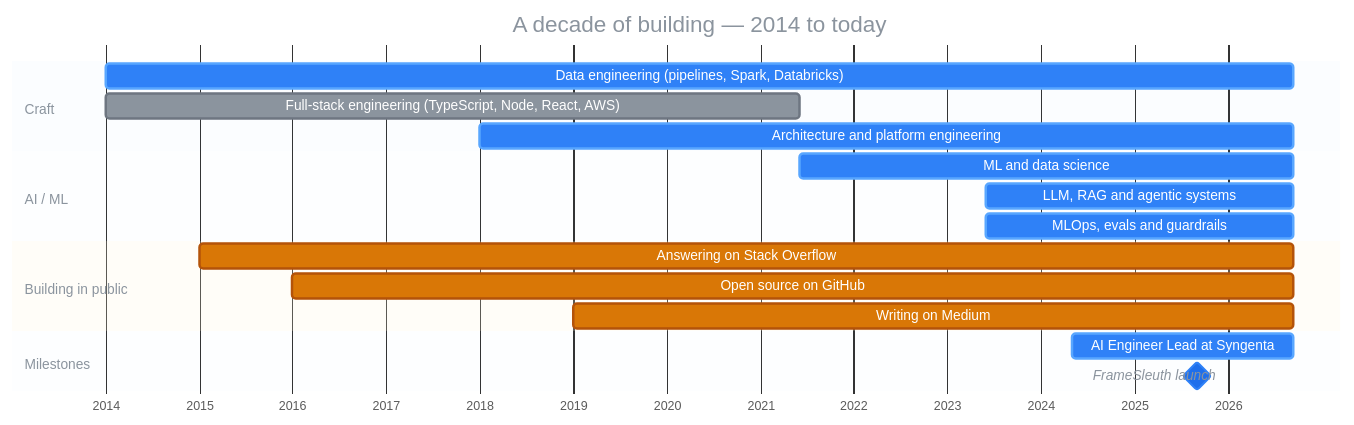
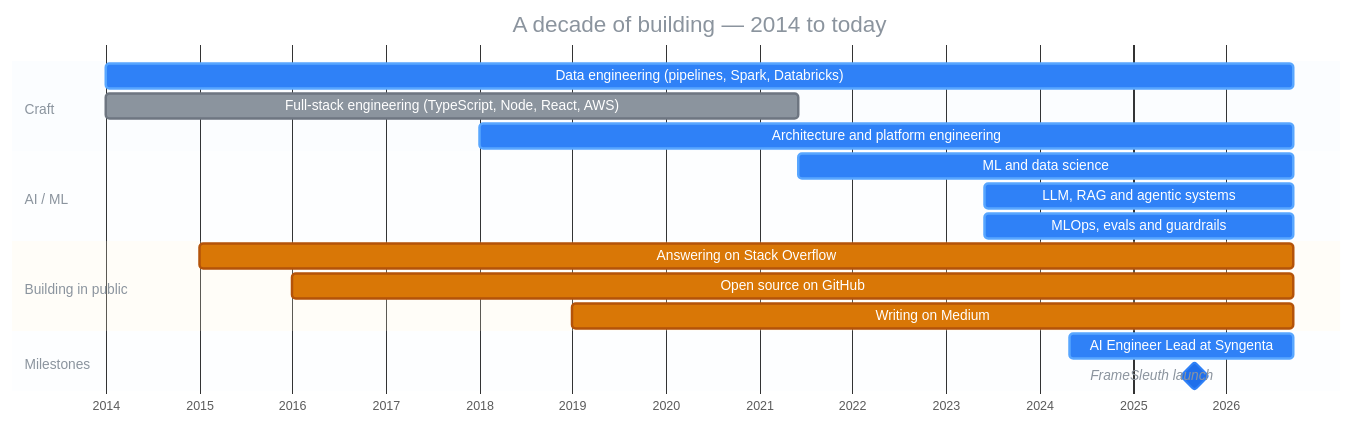
One commit to santoshshinde2012/santoshshinde2012 changed the first of 2 diagrams in README.md. Above: the diagram before and after it, drawn with Mermaid. The commit also changed other lines of this file, not shown here.

Commit message:
chore: refresh shipping summary

````diff
--- a/README.md
+++ b/README.md
@@ -128,27 +128,27 @@
 ```mermaid
 %%{init: {'theme':'base','themeVariables':{'fontFamily':'Fira Code, monospace','taskBkgColor':'#1F6FEB','taskBorderColor':'#2F81F7','activeTaskBkgColor':'#2F81F7','activeTaskBorderColor':'#58A6FF','doneTaskBkgColor':'#8B949E','doneTaskBorderColor':'#6E7681','critBkgColor':'#D97706','critBorderColor':'#B45309','critTextColor':'#ffffff','milestoneBkgColor':'#238636','milestoneBorderColor':'#2EA043','taskTextColor':'#ffffff','taskTextDarkColor':'#ffffff','taskTextLightColor':'#ffffff','taskTextOutsideColor':'#8B949E','gridColor':'#30363D','todayLineColor':'#F85149','titleColor':'#8B949E','sectionBkgColor':'#2F81F714','altSectionBkgColor':'#2F81F70A'}}}%%
 gantt
     title A decade of building — 2014 to today
     dateFormat YYYY-MM-DD
     axisFormat %Y
     tickInterval 1year
 
     section Craft
-    Data engineering (pipelines, Spark, Databricks)      :active, de,   2014-01-01, 2026-09-14
+    Data engineering (pipelines, Spark, Databricks)      :active, de,   2014-01-01, 2026-09-21
     Full-stack engineering (TypeScript, Node, React, AWS) :done,   fs,   2014-01-01, 2021-06-01
-    Architecture and platform engineering                :active, arch, 2018-01-01, 2026-09-14
+    Architecture and platform engineering                :active, arch, 2018-01-01, 2026-09-21
 
     section AI / ML
-    ML and data science                                  :active, ml,   2021-06-01, 2026-09-14
-    LLM, RAG and agentic systems                         :active, llm,  2023-06-01, 2026-09-14
-    MLOps, evals and guardrails                          :active, ops,  2023-06-01, 2026-09-14
+    ML and data science                                  :active, ml,   2021-06-01, 2026-09-21
+    LLM, RAG and agentic systems                         :active, llm,  2023-06-01, 2026-09-21
+    MLOps, evals and guardrails                          :active, ops,  2023-06-01, 2026-09-21
 
     section Building in public
-    Answering on Stack Overflow                          :crit, so,   2015-01-01, 2026-09-14
-    Open source on GitHub                                :crit, gh,   2016-01-01, 2026-09-14
-    Writing on Medium                                    :crit, med,  2019-01-01, 2026-09-14
+    Answering on Stack Overflow                          :crit, so,   2015-01-01, 2026-09-21
+    Open source on GitHub                                :crit, gh,   2016-01-01, 2026-09-21
+    Writing on Medium                                    :crit, med,  2019-01-01, 2026-09-21
 
     section Milestones
-    AI Engineer Lead at Syngenta                         :active,    syn, 2024-05-01, 2026-09-14
+    AI Engineer Lead at Syngenta                         :active,    syn, 2024-05-01, 2026-09-21
     FrameSleuth launch                                   :milestone, fsl, 2025-09-01, 0d
 ```
````
